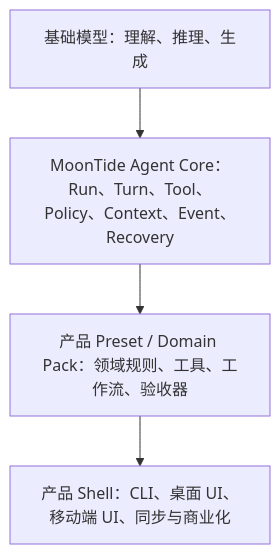
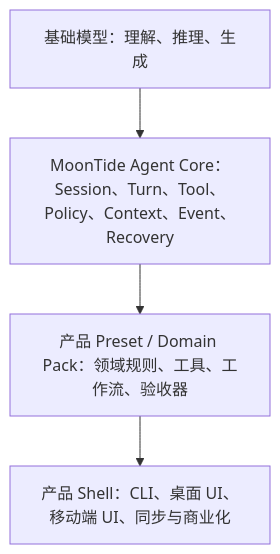
Before and after one commit to chendpoc/moontide: the diagram in docs/notes/runtime/agent-runtime-product-direction.md, drawn with Mermaid. The commit also changed other lines of this file and 45 other files, not shown here.

Commit message:
feat(agent-core/loop): land Turn lifecycle and R1 design

````diff
--- a/docs/notes/runtime/agent-runtime-product-direction.md
+++ b/docs/notes/runtime/agent-runtime-product-direction.md
@@ -34,11 +34,11 @@
 ```mermaid
 flowchart TB
   Model["基础模型：理解、推理、生成"]
-  Core["MoonTide Agent Core：Run、Turn、Tool、Policy、Context、Event、Recovery"]
+  Core["MoonTide Agent Core：Session、Turn、Tool、Policy、Context、Event、Recovery"]
   Preset["产品 Preset / Domain Pack：领域规则、工具、工作流、验收器"]
   Shell["产品 Shell：CLI、桌面 UI、移动端 UI、同步与商业化"]
 
   Model --> Core
   Core --> Preset
   Preset --> Shell
 ```
````
